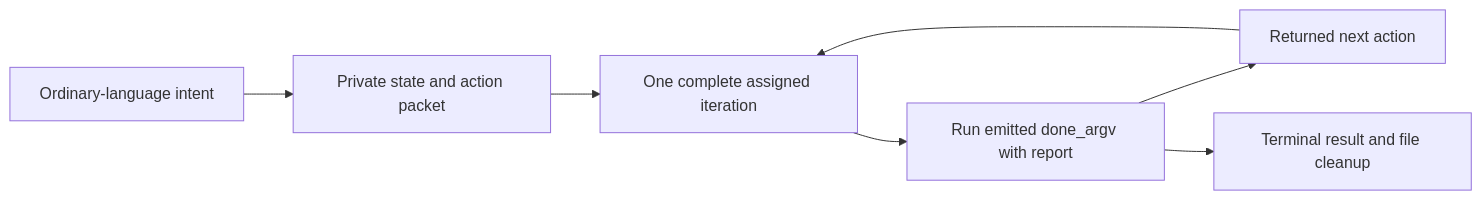
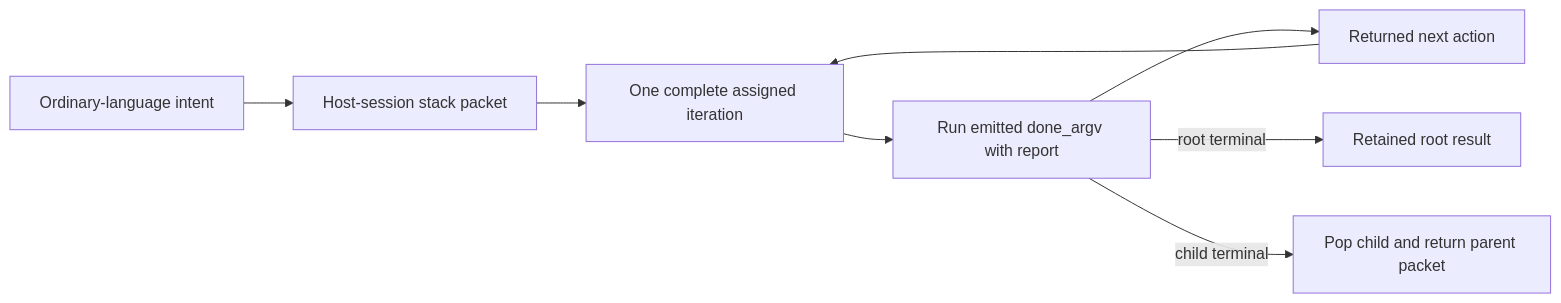
The first of 3 diagrams in plugins/until-loop/README.md (whichguy/until-loop), drawn with Mermaid before and after one commit. The commit also changed other lines of this file and 29 other files, not shown here.

````diff
--- a/plugins/until-loop/README.md
+++ b/plugins/until-loop/README.md
@@ -3,9 +3,10 @@
 ```mermaid
 flowchart LR
-    Intent[Ordinary-language intent] --> Packet[Private state and action packet]
+    Intent[Ordinary-language intent] --> Packet[Host-session stack packet]
     Packet --> Work[One complete assigned iteration]
     Work --> Done[Run emitted done_argv with report]
     Done --> Next[Returned next action]
-    Done --> End[Terminal result and file cleanup]
+    Done -->|root terminal| End[Retained root result]
+    Done -->|child terminal| Parent[Pop child and return parent packet]
     Next --> Work
 ```
````
